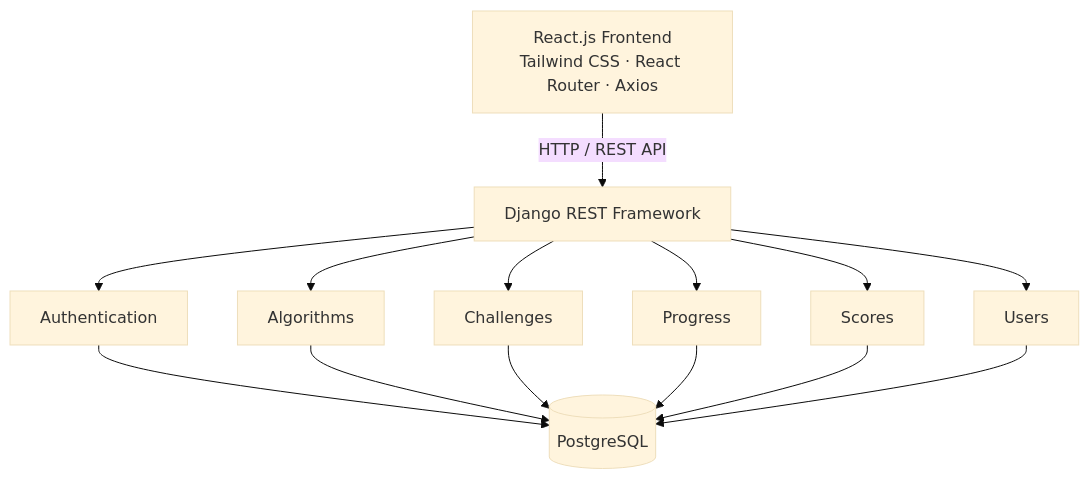
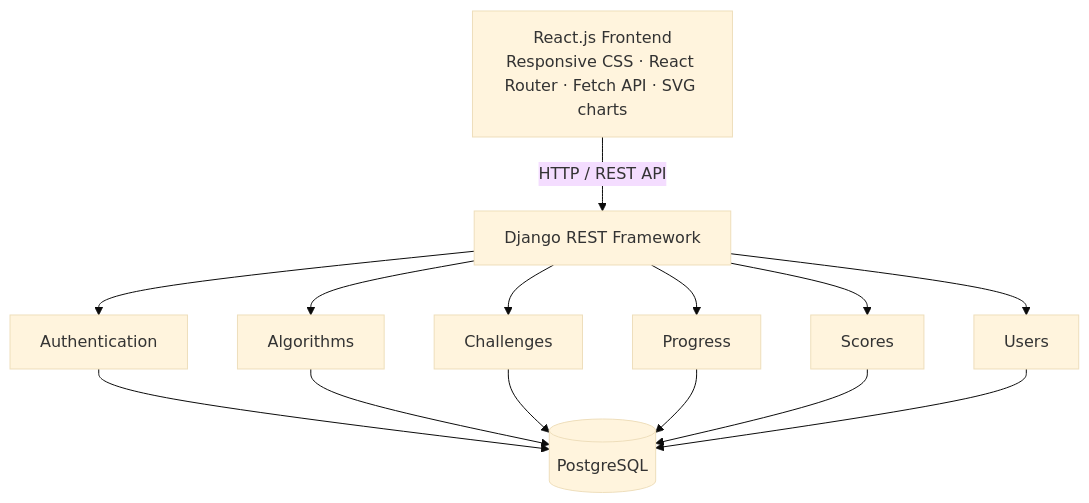
Before and after one commit to kunnaallll/CodeLens: the first of 2 diagrams in README.md, drawn with Mermaid (base theme). The commit also changed other lines of this file and 102 other files, not shown here.

````diff
--- a/README.md
+++ b/README.md
@@ -136,11 +144,11 @@
 ```mermaid
 flowchart TD
-    A[React.js Frontend<br/>Tailwind CSS · React Router · Axios] -->|HTTP / REST API| B[Django REST Framework]
+    A[React.js Frontend<br/>Responsive CSS · React Router · Fetch API · SVG charts] -->|HTTP / REST API| B[Django REST Framework]
     B --> C[Authentication]
     B --> D[Algorithms]
     B --> E[Challenges]
     B --> F[Progress]
     B --> G[Scores]
     B --> H[Users]
     C & D & E & F & G & H --> I[(PostgreSQL)]
 ```
````
